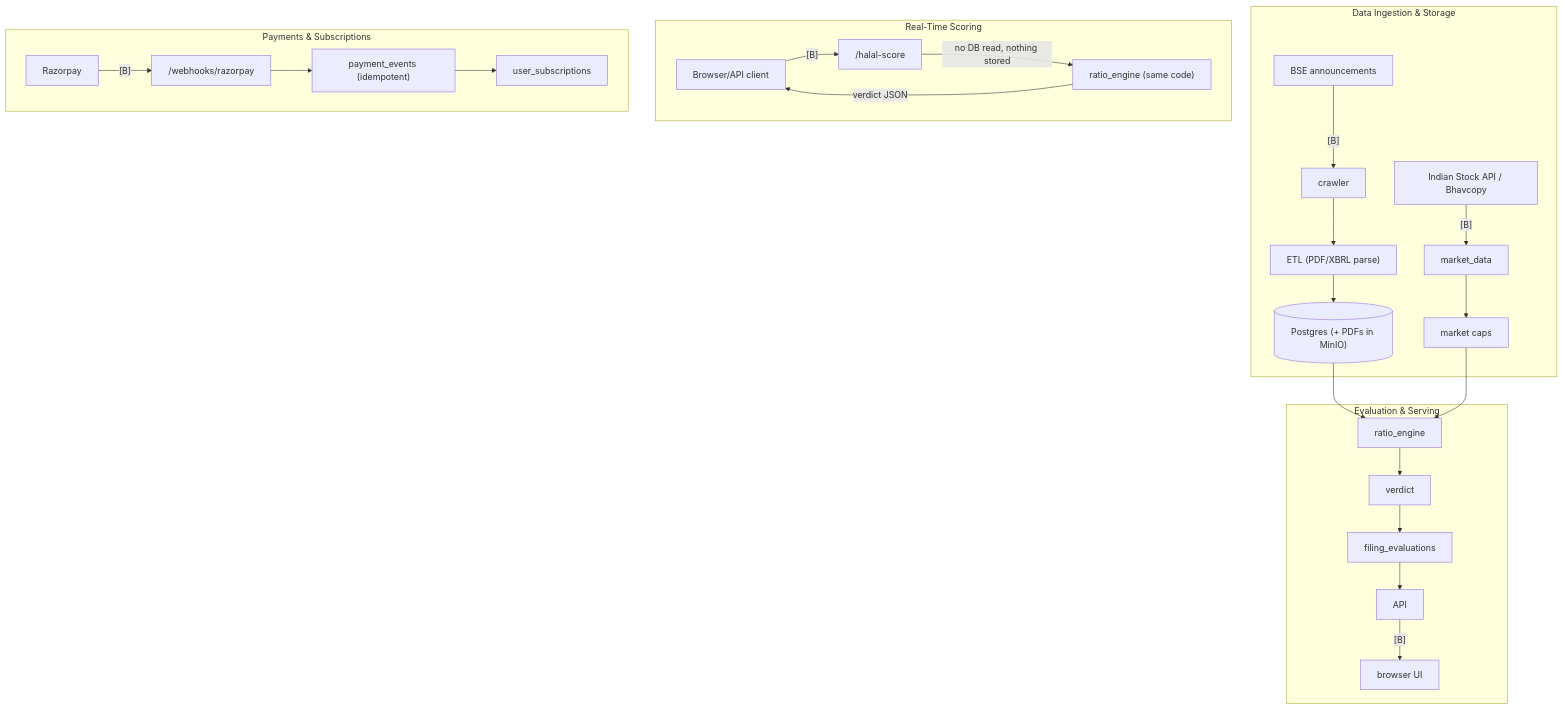
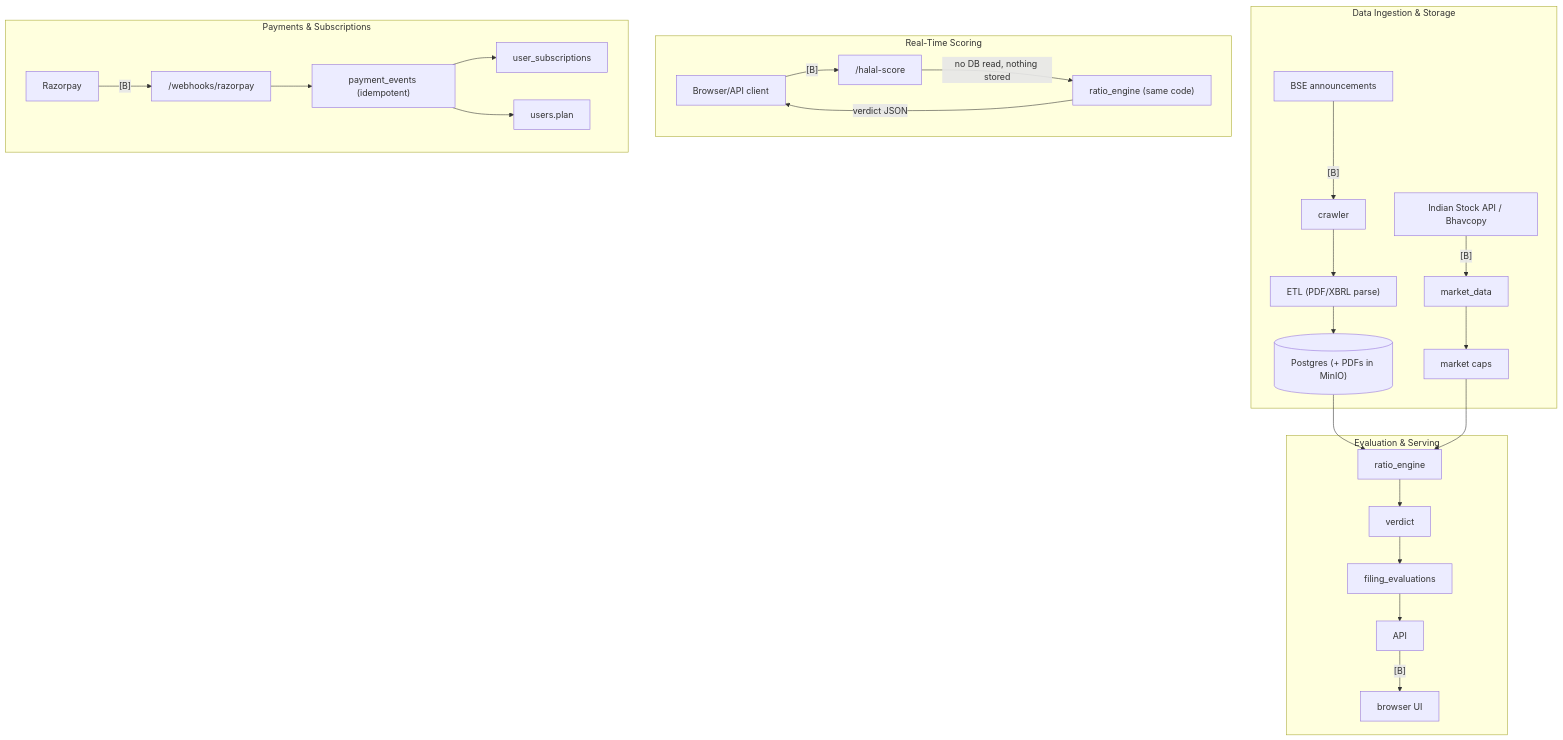
Before and after one commit to hamza-aziz-ai/HalalLens: the diagram in docs/ARCHITECTURE.md, drawn with Mermaid.

Commit message:
docs: show that a payment grant also updates users.plan
The grant writes user_subscriptions and the user's plan (update_user_plan).

Claude-Session: https://claude.ai/code/session_01QoNWExf8Bbzjbnqa6czdCj

````diff
--- a/docs/ARCHITECTURE.md
+++ b/docs/ARCHITECTURE.md
@@ -20,32 +20,33 @@
 ```mermaid
 graph TD
     subgraph Data_Ingestion [" Data Ingestion & Storage "]
         A1["BSE announcements"] -- "[B]" --> A2["crawler"]
         A2 --> A3["ETL (PDF/XBRL parse)"]
         A3 --> DB[("Postgres (+ PDFs in MinIO)")]
 
         B1["Indian Stock API / Bhavcopy"] -- "[B]" --> B2["market_data"]
         B2 --> B3["market caps"]
     end
 
     subgraph Evaluation_Pipeline [" Evaluation & Serving "]
         DB --> RE["ratio_engine"]
         B3 --> RE
         RE --> V["verdict"]
         V --> FE["filing_evaluations"]
         FE --> API["API"]
         API -- "[B]" --> UI["browser UI"]
     end
 
     subgraph Direct_Score [" Real-Time Scoring "]
         Client["Browser/API client"] -- "[B]" --> Score["/halal-score"]
         Score -- "no DB read, nothing stored" --> RE2["ratio_engine (same code)"]
         RE2 -- "verdict JSON" --> Client
     end
 
     subgraph Payments [" Payments & Subscriptions "]
         R1["Razorpay"] -- "[B]" --> R2["/webhooks/razorpay"]
         R2 --> R3["payment_events (idempotent)"]
         R3 --> R4["user_subscriptions"]
+        R3 --> R5["users.plan"]
     end
 ```
````
